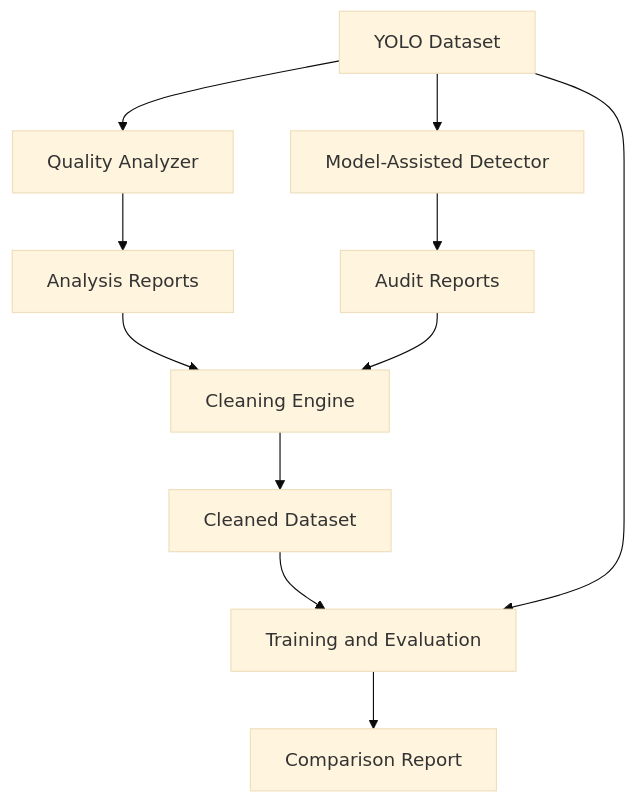
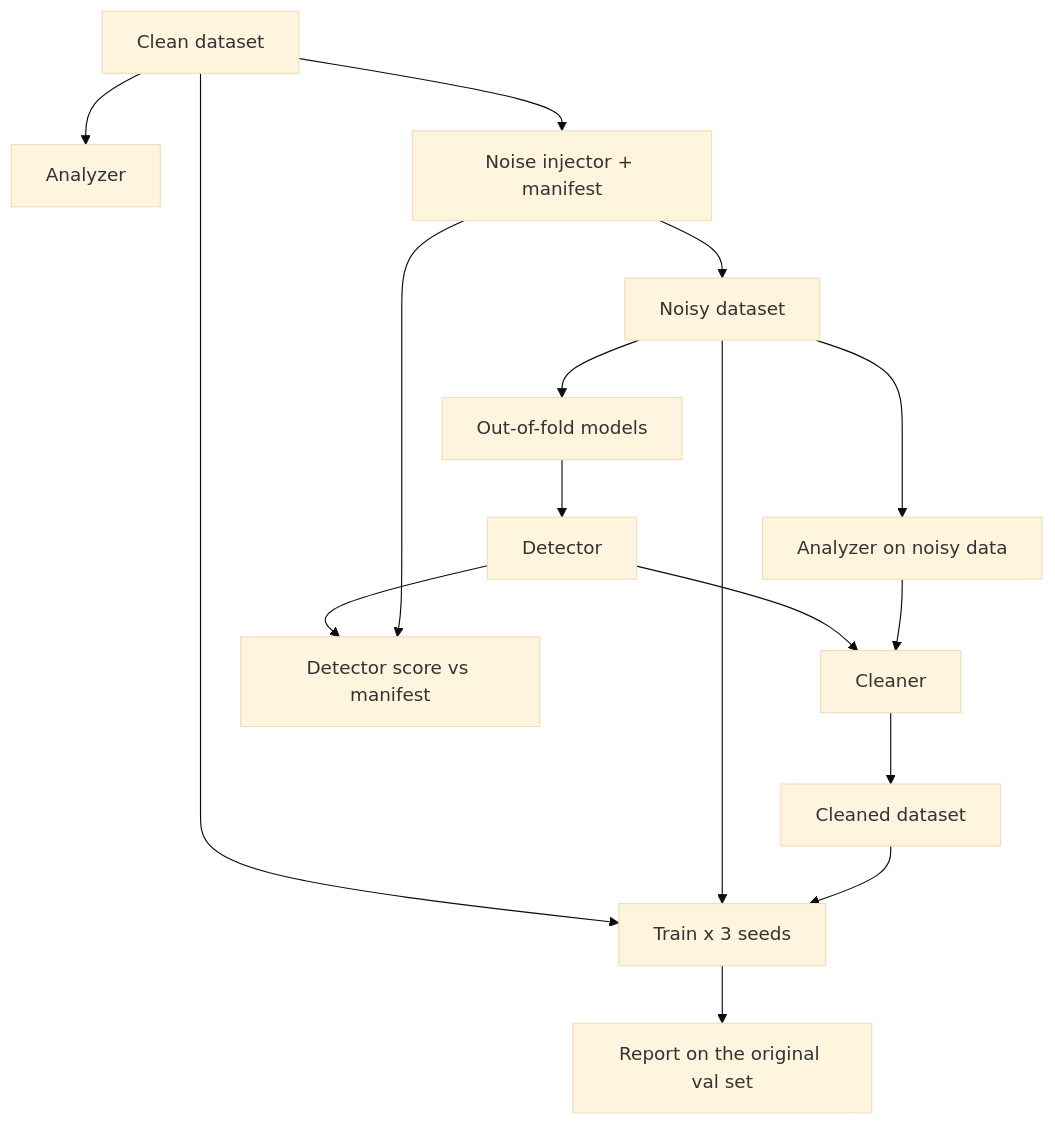
Before and after one commit to Podiavaibhav/annotation-qa-yolo: the diagram in README.md, drawn with Mermaid (base theme). The commit also changed other lines of this file and 25 other files, not shown here.

````diff
--- a/README.md
+++ b/README.md
@@ -18,13 +16,18 @@
 ```mermaid
 graph TD
-    A[YOLO Dataset] --> B[Quality Analyzer]
-    A --> C[Model-Assisted Detector]
-    B --> D[Analysis Reports]
-    C --> E[Audit Reports]
-    D --> F[Cleaning Engine]
-    E --> F
-    F --> G[Cleaned Dataset]
-    G --> H[Training and Evaluation]
-    A --> H
-    H --> I[Comparison Report]
+    A[Clean dataset] --> B[Analyzer]
+    A --> C[Noise injector + manifest]
+    C --> D[Noisy dataset]
+    D --> E[Out-of-fold models]
+    E --> F[Detector]
+    D --> B2[Analyzer on noisy data]
+    F --> G[Cleaner]
+    B2 --> G
+    G --> H[Cleaned dataset]
+    F --> S[Detector score vs manifest]
+    C --> S
+    A --> T[Train x 3 seeds]
+    D --> T
+    H --> T
+    T --> R[Report on the original val set]
 ```
````
